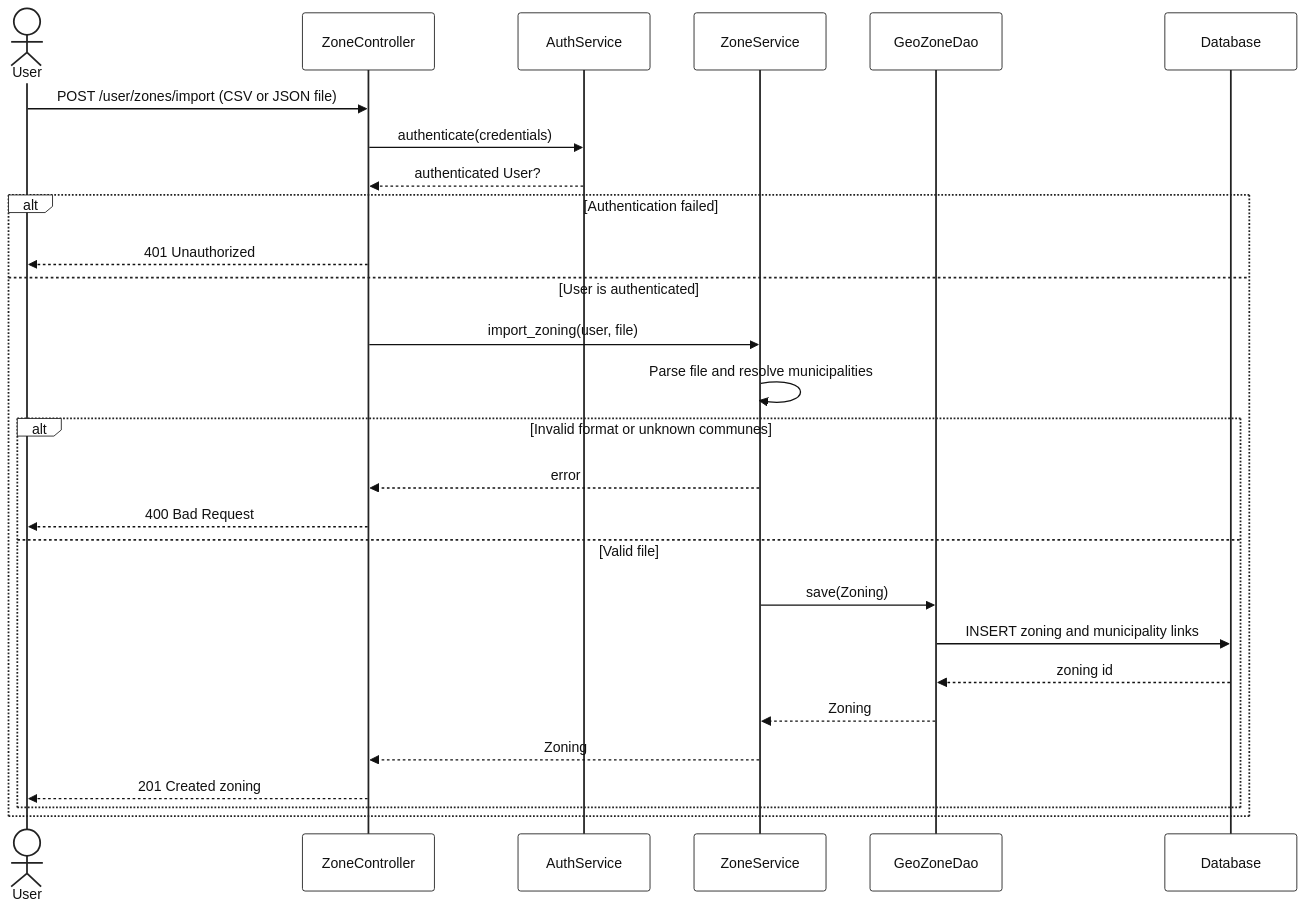
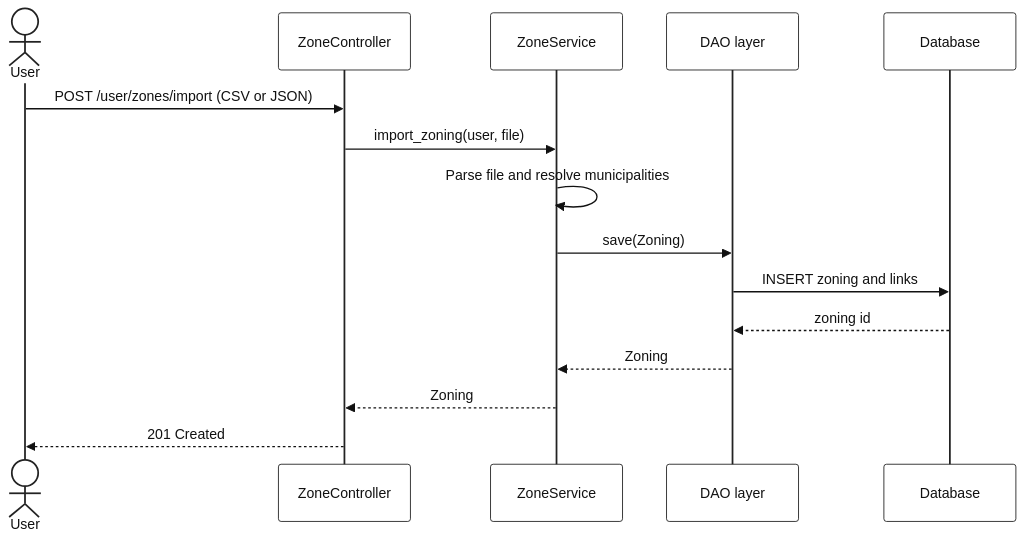
Before and after one commit to gabriel-dahan/ensai-it-project-2a-team12: the eighth of 8 diagrams in doc/sequence_diagram.md, drawn with Mermaid. The commit also changed other lines of this file and 18 other files, not shown here.

Commit message:
Simplified sequence diagrams

````diff
--- a/doc/sequence_diagram.md
+++ b/doc/sequence_diagram.md
@@ -573,66 +464,52 @@
 ```mermaid
 %%{
   init: {
     "theme": "base",
     "themeVariables": {
       "background": "#ffffff",
       "mainBkg": "#ffffff",
       "textColor": "#111111",
       "primaryColor": "#ffffff",
       "primaryTextColor": "#111111",
       "primaryBorderColor": "#222222",
       "secondaryColor": "#f3f4f6",
       "tertiaryColor": "#ffffff",
       "lineColor": "#222222",
       "actorBkg": "#ffffff",
       "actorBorder": "#222222",
       "actorTextColor": "#111111",
       "actorLineColor": "#222222",
       "signalColor": "#111111",
       "signalTextColor": "#111111",
       "labelBoxBkgColor": "#ffffff",
       "labelBoxBorderColor": "#222222",
       "labelTextColor": "#111111",
       "loopTextColor": "#111111",
       "noteBkgColor": "#fff3cd",
       "noteTextColor": "#111111",
       "noteBorderColor": "#222222",
       "activationBkgColor": "#e5e7eb",
       "activationBorderColor": "#222222",
       "sequenceNumberColor": "#ffffff",
       "fontFamily": "arial",
       "fontSize": "16px"
     }
   }
 }%%
 sequenceDiagram
     actor User
     participant Controller as ZoneController
-    participant AuthSvc as AuthService
-    participant ZoneSvc as ZoneService
-    participant ZoneDao as GeoZoneDao
+    participant Service as ZoneService
+    participant DAO as DAO layer
     participant DB as Database
 
-    User->>Controller: POST /user/zones/import (CSV or JSON file)
-    Controller->>AuthSvc: authenticate(credentials)
-    AuthSvc-->>Controller: authenticated User?
-
-    alt Authentication failed
-        Controller-->>User: 401 Unauthorized
-    else User is authenticated
-        Controller->>ZoneSvc: import_zoning(user, file)
-        ZoneSvc->>ZoneSvc: Parse file and resolve municipalities
-
-        alt Invalid format or unknown communes
-            ZoneSvc-->>Controller: error
-            Controller-->>User: 400 Bad Request
-        else Valid file
-            ZoneSvc->>ZoneDao: save(Zoning)
-            ZoneDao->>DB: INSERT zoning and municipality links
-            DB-->>ZoneDao: zoning id
-            ZoneDao-->>ZoneSvc: Zoning
-            ZoneSvc-->>Controller: Zoning
-            Controller-->>User: 201 Created zoning
-        end
-    end
+    User->>Controller: POST /user/zones/import (CSV or JSON)
+    Controller->>Service: import_zoning(user, file)
+    Service->>Service: Parse file and resolve municipalities
+    Service->>DAO: save(Zoning)
+    DAO->>DB: INSERT zoning and links
+    DB-->>DAO: zoning id
+    DAO-->>Service: Zoning
+    Service-->>Controller: Zoning
+    Controller-->>User: 201 Created
 ```
````
